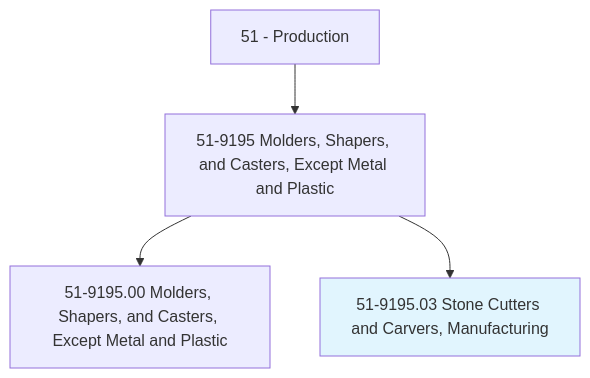
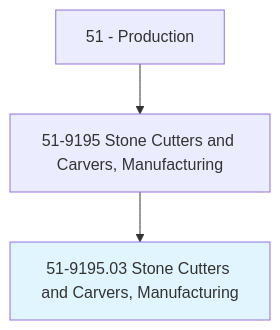
Before and after one commit to kziemski/business.org.ai: the first of 4 diagrams in occupations/Production/StoneCuttersAndCarversManufacturing.mdx, drawn with Mermaid. The commit also changed other lines of this file and 938 other files, not shown here.

````diff
--- a/occupations/Production/StoneCuttersAndCarversManufacturing.mdx
+++ b/occupations/Production/StoneCuttersAndCarversManufacturing.mdx
@@ -19,7 +23,6 @@
 ```mermaid
 graph TD
-    Cat51["51 - Production"] --> Group519195["51-9195 Molders, Shapers, and Casters, Except Metal and Plastic"]
-    Group519195 --> Base["51-9195.00 Molders, Shapers, and Casters, Except Metal and Plastic"]
+    Cat51["51 - Production"] --> Group519195["51-9195 Stone Cutters and Carvers, Manufacturing"]
     Group519195 --> Current["51-9195.03 Stone Cutters and Carvers, Manufacturing"]
     style Current fill:#e1f5fe
 ```
````
